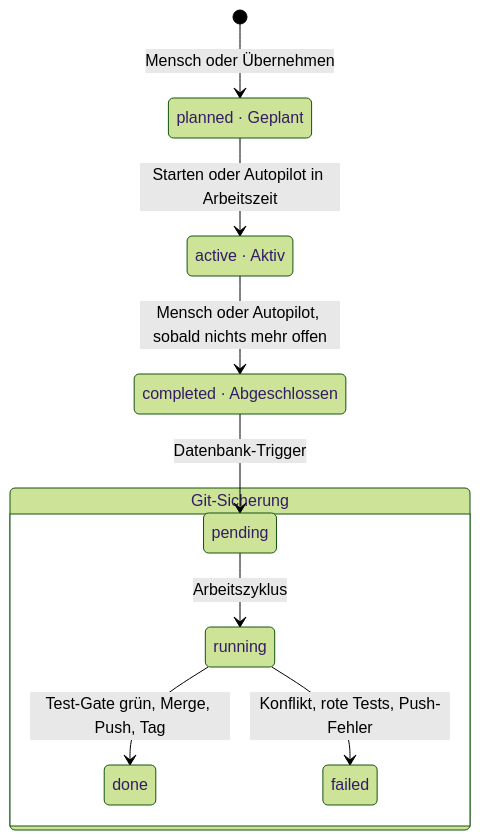
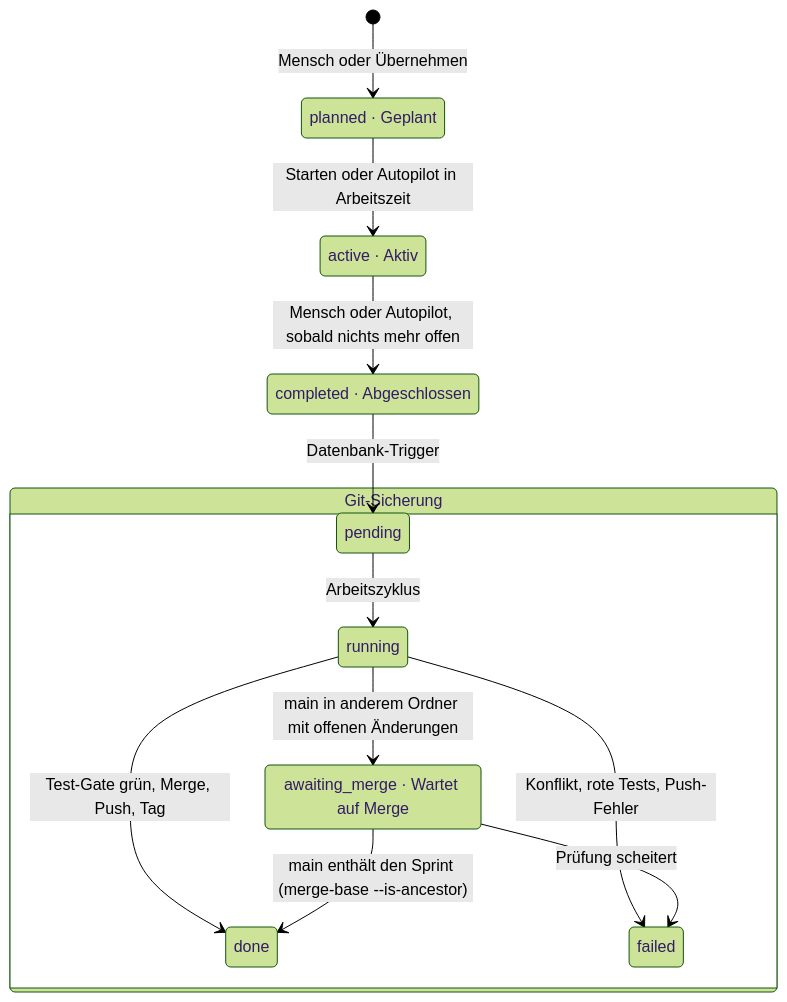
Before and after one commit to zaaaazzy/AutoDEV: the eighth of 9 diagrams in docs/laufzeit.md, drawn with Mermaid (forest theme). The commit also changed other lines of this file and 14 other files, not shown here.

First line of the commit message:
Entwickler: Autopilot startet den nächsten Sprint erst, wenn main den le

````diff
--- a/docs/laufzeit.md
+++ b/docs/laufzeit.md
@@ -266,20 +266,24 @@
 ```mermaid
 stateDiagram-v2
   direction TB
   state "planned · Geplant" as sp
   state "active · Aktiv" as sa
   state "completed · Abgeschlossen" as sc
   state "Git-Sicherung" as git {
     state "pending" as gp
     state "running" as gr
     state "done" as gd
     state "failed" as gf
+    state "awaiting_merge · Wartet auf Merge" as gw
     gp --> gr : Arbeitszyklus
     gr --> gd : Test-Gate grün, Merge, Push, Tag
     gr --> gf : Konflikt, rote Tests, Push-Fehler
+    gr --> gw : main in anderem Ordner mit offenen Änderungen
+    gw --> gd : main enthält den Sprint (merge-base --is-ancestor)
+    gw --> gf : Prüfung scheitert
   }
   [*] --> sp : Mensch oder Übernehmen
   sp --> sa : Starten oder Autopilot in Arbeitszeit
   sa --> sc : Mensch oder Autopilot, sobald nichts mehr offen
   sc --> gp : Datenbank-Trigger
 ```
````
